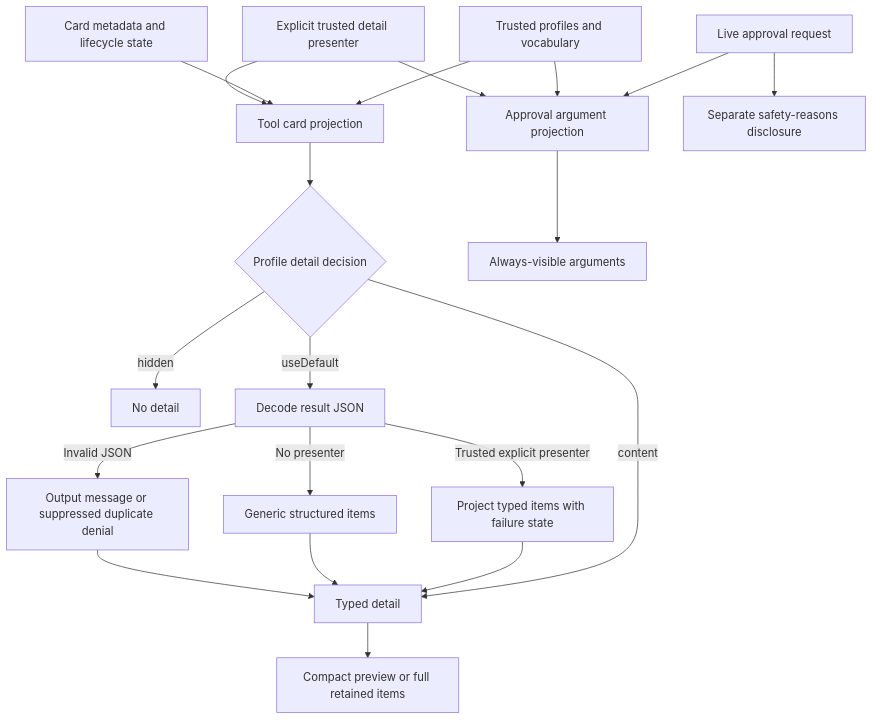
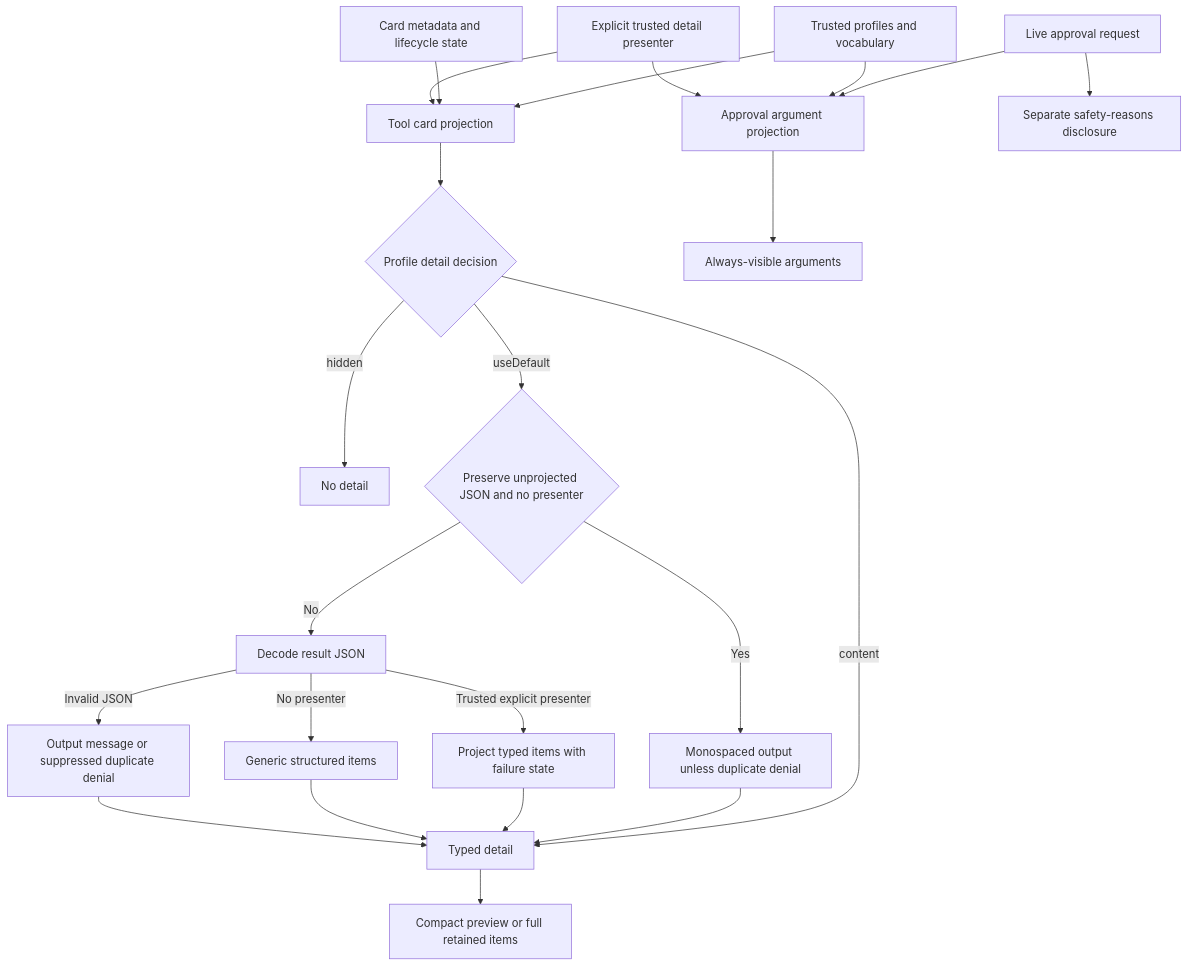
One commit to AkinoKaede/Termind changed the sixth of 6 diagrams in openwiki/concepts/ui-design-principles.md. Above: the diagram before and after it, drawn with Mermaid. The commit also changed other lines of this file and 68 other files, not shown here.

````diff
--- a/openwiki/concepts/ui-design-principles.md
+++ b/openwiki/concepts/ui-design-principles.md
@@ -352,22 +356,25 @@
 ```mermaid
 flowchart TD
     Request[Live approval request] --> Approval[Approval argument projection]
     Catalog[Trusted profiles and vocabulary] --> Approval
     Catalog --> Renderer[Tool card projection]
     Card[Card metadata and lifecycle state] --> Renderer
     Presenter[Explicit trusted detail presenter] --> Approval
     Presenter --> Renderer
     Renderer --> Policy{Profile detail decision}
     Policy -->|hidden| Hidden[No detail]
     Policy -->|content| Typed[Typed detail]
-    Policy -->|useDefault| Decode[Decode result JSON]
+    Policy -->|useDefault| Preserve{Preserve unprojected JSON and no presenter}
+    Preserve -->|Yes| Raw[Monospaced output unless duplicate denial]
+    Preserve -->|No| Decode[Decode result JSON]
+    Raw --> Typed
     Decode -->|Trusted explicit presenter| Project[Project typed items with failure state]
     Decode -->|No presenter| Generic[Generic structured items]
     Decode -->|Invalid JSON| Message[Output message or suppressed duplicate denial]
     Project --> Typed
     Generic --> Typed
     Message --> Typed
     Typed --> Preview[Compact preview or full retained items]
     Approval --> Review[Always-visible arguments]
     Request --> Safety[Separate safety-reasons disclosure]
 ```
````
